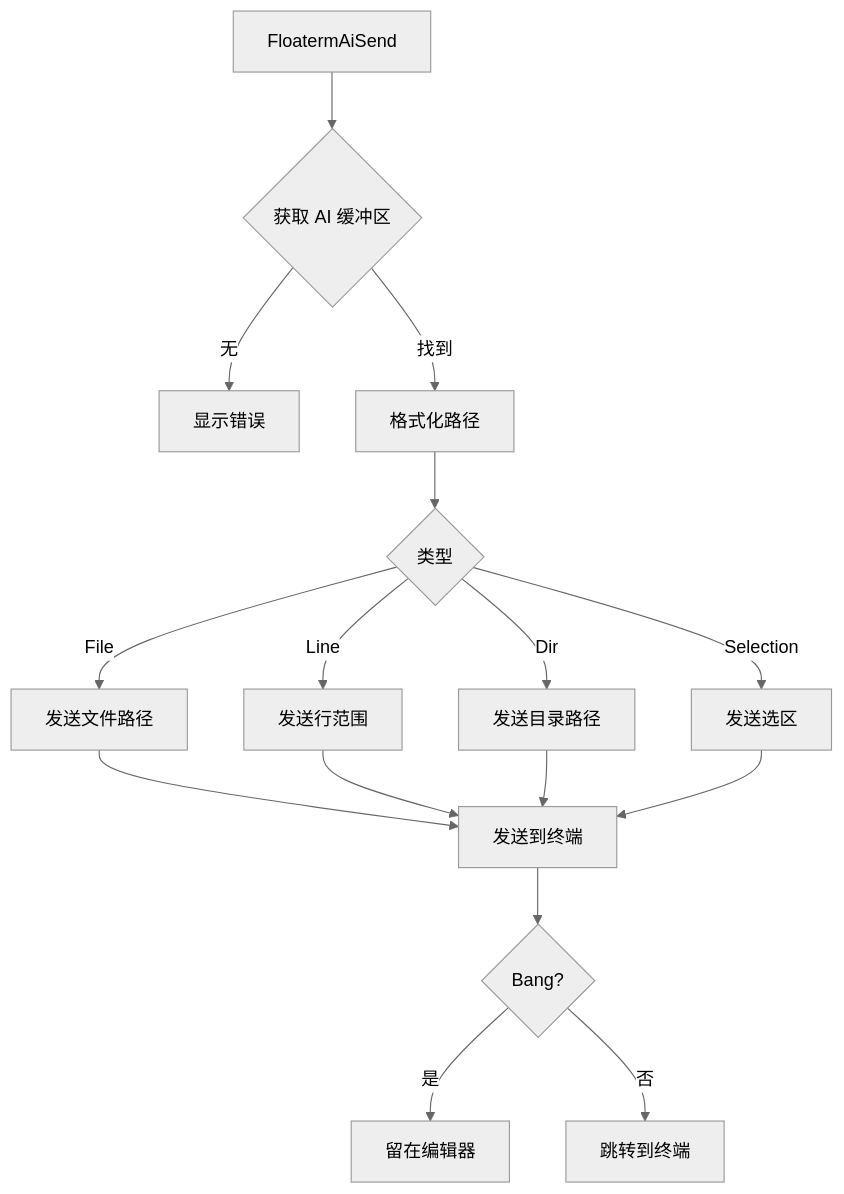
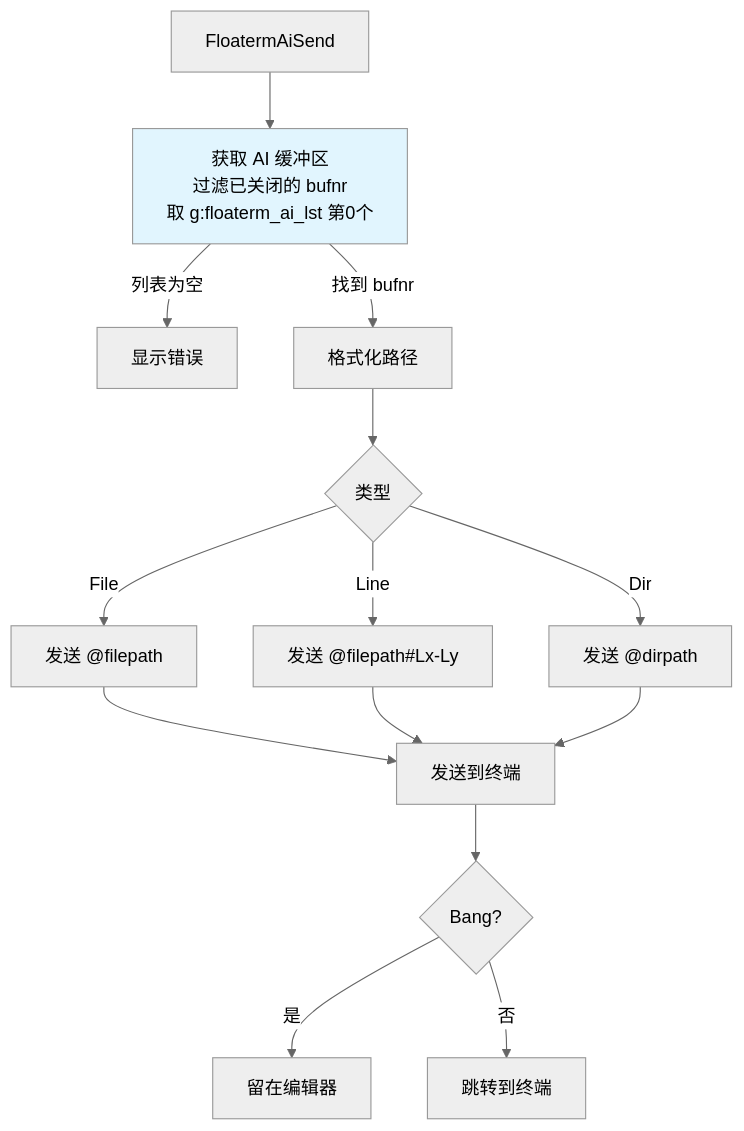
One commit to leoatchina/vim-floaterm-enhance changed the second of 5 diagrams in README_cn.md. Above: the diagram before and after it, drawn with Mermaid (neutral theme). The commit also changed other lines of this file and 1 other file, not shown here.

````diff
--- a/README_cn.md
+++ b/README_cn.md
@@ -104,18 +117,18 @@
 ```mermaid
 graph TB
-    Send[FloatermAiSend] --> GetBuf{获取 AI 缓冲区}
-    GetBuf -->|无| Err2[显示错误]
-    GetBuf -->|找到| Format[格式化路径]
+    Send[FloatermAiSend] --> GetBuf["获取 AI 缓冲区<br/>过滤已关闭的 bufnr<br/>取 g:floaterm_ai_lst 第0个"]
+    GetBuf -->|列表为空| Err2[显示错误]
+    GetBuf -->|找到 bufnr| Format[格式化路径]
     Format --> Type{类型}
-    Type -->|File| SendFile[发送文件路径]
-    Type -->|Line| SendRange[发送行范围]
-    Type -->|Dir| SendDir[发送目录路径]
-    Type -->|Selection| SendSel[发送选区]
+    Type -->|File| SendFile["发送 @filepath"]
+    Type -->|Line| SendRange["发送 @filepath#Lx-Ly"]
+    Type -->|Dir| SendDir["发送 @dirpath"]
     SendFile --> Term[发送到终端]
     SendRange --> Term
     SendDir --> Term
-    SendSel --> Term
     Term --> Stay{Bang?}
     Stay -->|是| StayEd[留在编辑器]
     Stay -->|否| JumpTerm[跳转到终端]
+
+    style GetBuf fill:#e1f5fe
 ```
````
